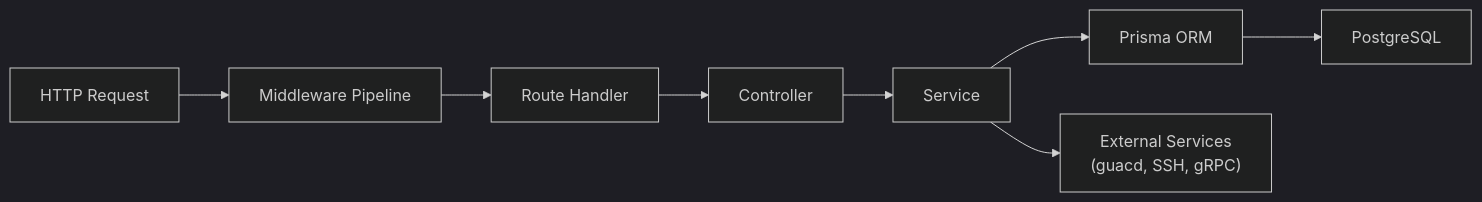
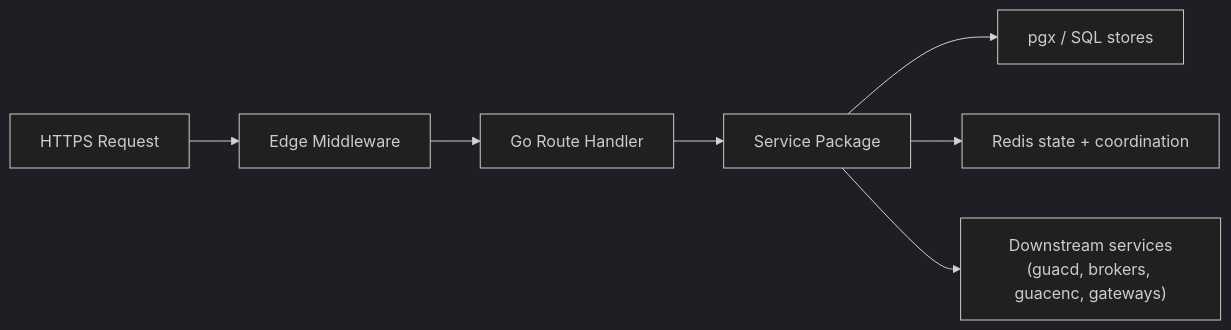
Before and after one commit to dnviti/arsenale: the second of 11 diagrams in docs/architecture.md, drawn with Mermaid (dark theme). The commit also changed other lines of this file and 300 other files, not shown here.

````diff
--- a/docs/architecture.md
+++ b/docs/architecture.md
@@ -112,10 +107,9 @@
 ```mermaid
 flowchart LR
-    Request["HTTP Request"] --> Middleware["Middleware Pipeline"]
-    Middleware --> Route["Route Handler"]
-    Route --> Controller["Controller"]
-    Controller --> Service["Service"]
-    Service --> Prisma["Prisma ORM"]
-    Prisma --> DB["PostgreSQL"]
-    Service --> External["External Services\n(guacd, SSH, gRPC)"]
+    Request["HTTPS Request"] --> Middleware["Edge Middleware"]
+    Middleware --> Route["Go Route Handler"]
+    Route --> Service["Service Package"]
+    Service --> SQL["pgx / SQL stores"]
+    Service --> Redis["Redis state + coordination"]
+    Service --> External["Downstream services\n(guacd, brokers, guacenc, gateways)"]
 ```
````
